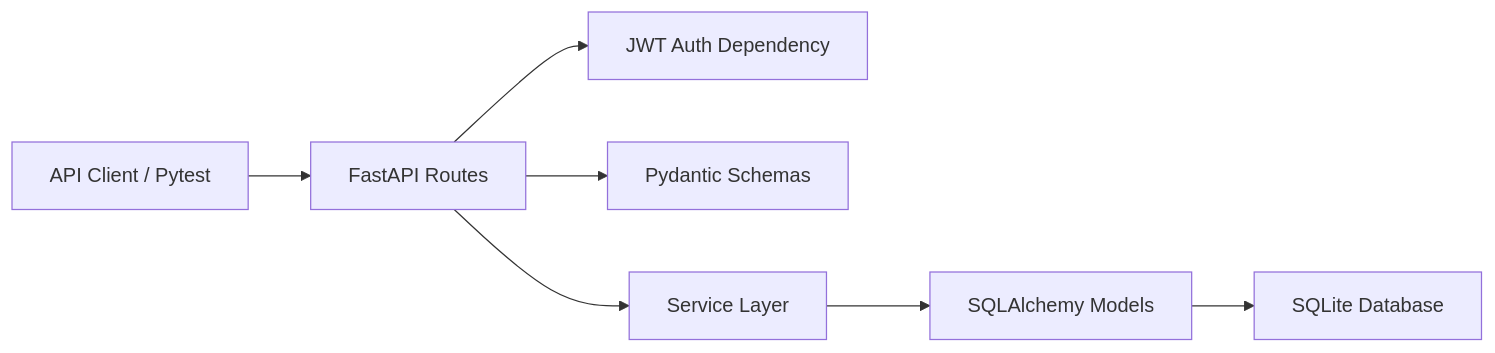
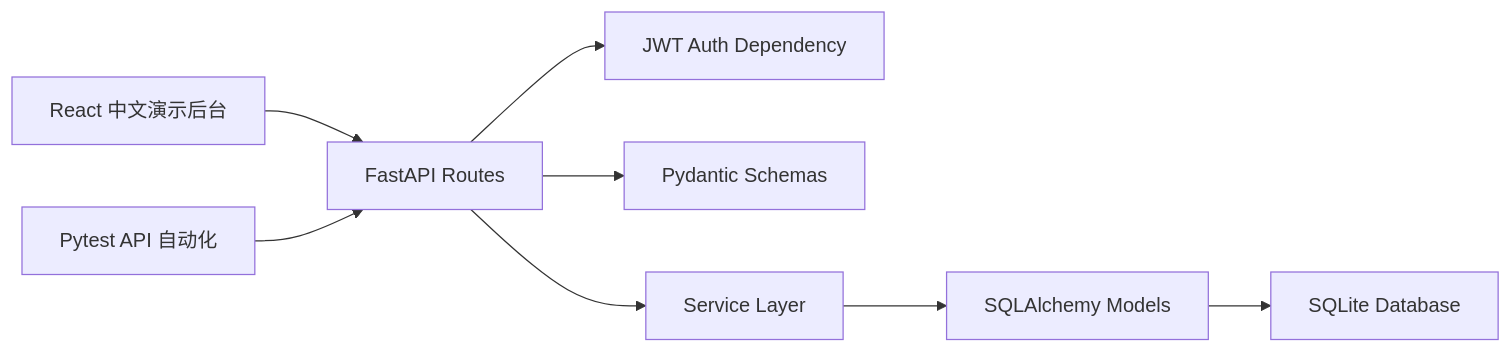
One commit to 54sbkyc/fastapi-order-quality-gate changed the first of 3 diagrams in docs/architecture.md. Above: the diagram before and after it, drawn with Mermaid. The commit also changed other lines of this file and 15 other files, not shown here.

````diff
--- a/docs/architecture.md
+++ b/docs/architecture.md
@@ -5,9 +5,10 @@
 ```mermaid
 flowchart LR
-    Client["API Client / Pytest"] --> Routes["FastAPI Routes"]
+    Frontend["React 中文演示后台"] --> Routes["FastAPI Routes"]
+    Client["Pytest API 自动化"] --> Routes
     Routes --> Security["JWT Auth Dependency"]
     Routes --> Schemas["Pydantic Schemas"]
     Routes --> Services["Service Layer"]
     Services --> Models["SQLAlchemy Models"]
     Models --> DB["SQLite Database"]
 ```
````
